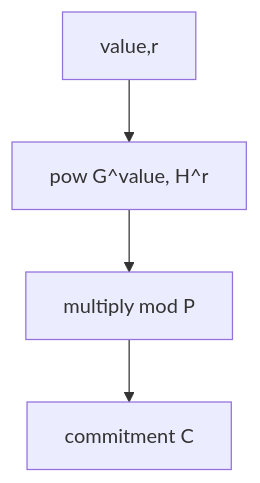
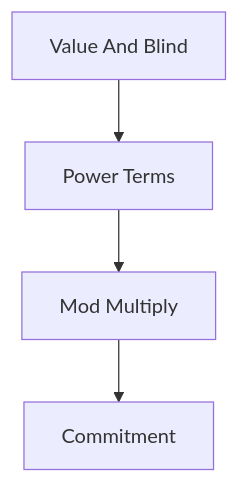
One commit to smshagor-dev/Next-Gen-Blockchain-for-Vehicle-Security changed the seventh of 33 diagrams in readme.md. Above: the diagram before and after it, drawn with Mermaid. The commit also changed other lines of this file and 5 other files, not shown here.

````diff
--- a/readme.md
+++ b/readme.md
@@ -448,6 +450,6 @@
 ```mermaid
 flowchart TD
-    A[value,r] --> B[pow G^value, H^r]
-    B --> C[multiply mod P]
-    C --> D[commitment C]
+    A[Value And Blind] --> B[Power Terms]
+    B --> C[Mod Multiply]
+    C --> D[Commitment]
 ```
````
